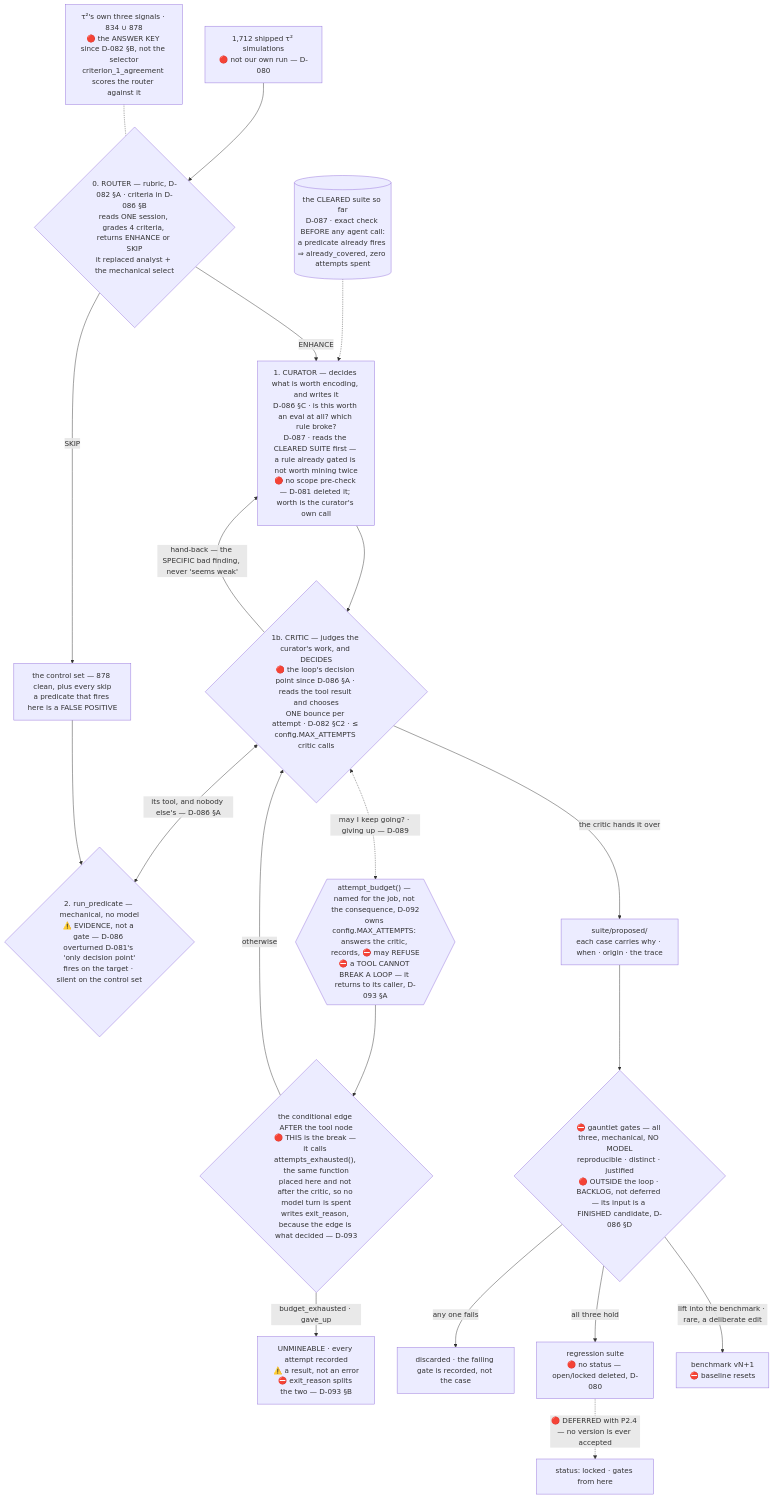
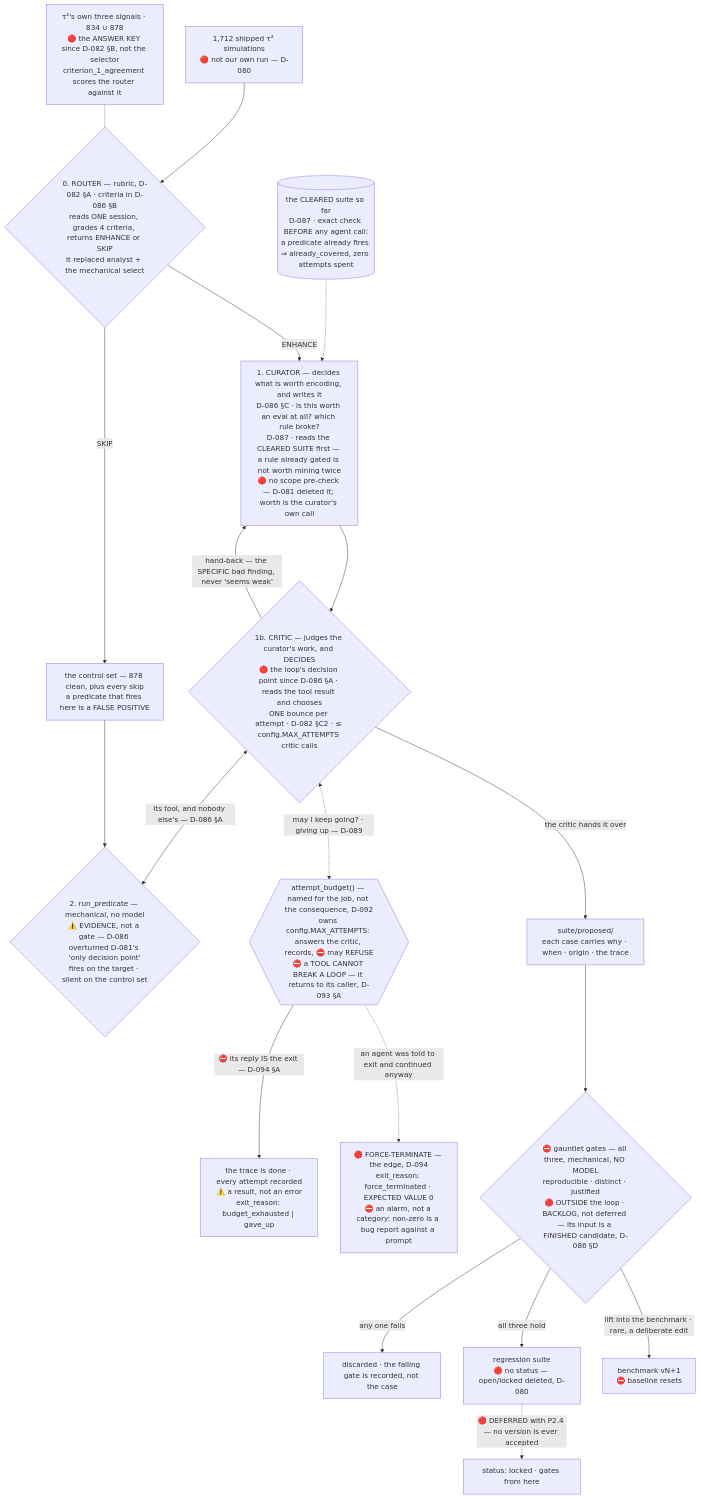
One commit to sandeepyadav1478/touchstone changed the diagram in docs/02-gates.md. Above: the diagram before and after it, drawn with Mermaid. The commit also changed other lines of this file and 4 other files, not shown here.

````diff
--- a/docs/02-gates.md
+++ b/docs/02-gates.md
@@ -365,22 +369,21 @@
 ```mermaid
 flowchart TB
   SUITE0[("the CLEARED suite so far<br/>D-087 · exact check BEFORE any agent call:<br/>a predicate already fires ⇒ already_covered, zero attempts spent")] -.-> TRANS
   SCORE["1,712 shipped τ² simulations<br/>🔴 not our own run — D-080"] --> ROUTER{"0. ROUTER — rubric, D-082 §A · criteria in D-086 §B<br/>reads ONE session, grades 4 criteria, returns ENHANCE or SKIP<br/>it replaced analyst + the mechanical select"}
   ROUTER -->|SKIP| CLEAN["the control set — 878 clean, plus every skip<br/>a predicate that fires here is a FALSE POSITIVE"]
   KEY["τ²'s own three signals · 834 ∪ 878<br/>🔴 the ANSWER KEY since D-082 §B, not the selector<br/>criterion_1_agreement scores the router against it"] -.- ROUTER
   ROUTER -->|ENHANCE| TRANS["1. CURATOR — decides what is worth encoding, and writes it<br/>D-086 §C · is this worth an eval at all? which rule broke?<br/>D-087 · reads the CLEARED SUITE first — a rule already gated is not worth mining twice<br/>🔴 no scope pre-check — D-081 deleted it; worth is the curator's own call"]
   TRANS --> CRIT{"1b. CRITIC — judges the curator's work, and DECIDES<br/>🔴 the loop's decision point since D-086 §A · reads the tool result and chooses<br/>ONE bounce per attempt · D-082 §C2 · ≤ config.MAX_ATTEMPTS critic calls"}
   CRIT <-->|"its tool, and nobody else's — D-086 §A"| TEST{"2. run_predicate — mechanical, no model<br/>⚠️ EVIDENCE, not a gate — D-086 overturned D-081's 'only decision point'<br/>fires on the target · silent on the control set"}
   CLEAN --> TEST
   CRIT -->|"hand-back — the SPECIFIC bad finding, never 'seems weak'"| TRANS
   CRIT <-.->|"may I keep going? · giving up — D-089"| BUDGET{{"attempt_budget() — named for the job, not the consequence, D-092<br/>owns config.MAX_ATTEMPTS: answers the critic, records, ⛔ may REFUSE<br/>⛔ a TOOL CANNOT BREAK A LOOP — it returns to its caller, D-093 §A"}}
-  BUDGET --> EDGE{"the conditional edge AFTER the tool node<br/>🔴 THIS is the break — it calls attempts_exhausted(), the same function<br/>placed here and not after the critic, so no model turn is spent<br/>writes exit_reason, because the edge is what decided — D-093"}
-  EDGE -->|"otherwise"| CRIT
-  EDGE -->|"budget_exhausted · gave_up"| UNM["UNMINEABLE · every attempt recorded<br/>⚠️ a result, not an error<br/>⛔ exit_reason splits the two — D-093 §B"]
+  BUDGET -->|"⛔ its reply IS the exit — D-094 §A"| DONE["the trace is done · every attempt recorded<br/>⚠️ a result, not an error<br/>exit_reason: budget_exhausted | gave_up"]
+  BUDGET -.->|"an agent was told to exit and continued anyway"| UNM["🔴 FORCE-TERMINATE — the edge, D-094<br/>exit_reason: force_terminated · EXPECTED VALUE 0<br/>⛔ an alarm, not a category: non-zero is a bug report against a prompt"]
   CRIT -->|"the critic hands it over"| PROP["suite/proposed/<br/>each case carries why · when · origin · the trace"]
   PROP --> GAUNTLET{"⛔ gauntlet gates — all three, mechanical, NO MODEL<br/>reproducible · distinct · justified<br/>🔴 OUTSIDE the loop · BACKLOG, not deferred — its input is a FINISHED candidate, D-086 §D"}
   GAUNTLET -->|any one fails| DROP["discarded · the failing gate is recorded, not the case"]
   GAUNTLET -->|all three hold| REG["regression suite<br/>🔴 no status — open/locked deleted, D-080"]
   REG -.->|"🔴 DEFERRED with P2.4 — no version is ever accepted"| LOCK["status: locked · gates from here"]
   GAUNTLET -->|"lift into the benchmark · rare, a deliberate edit"| BENCH["benchmark vN+1<br/>⛔ baseline resets"]
 ```
````
